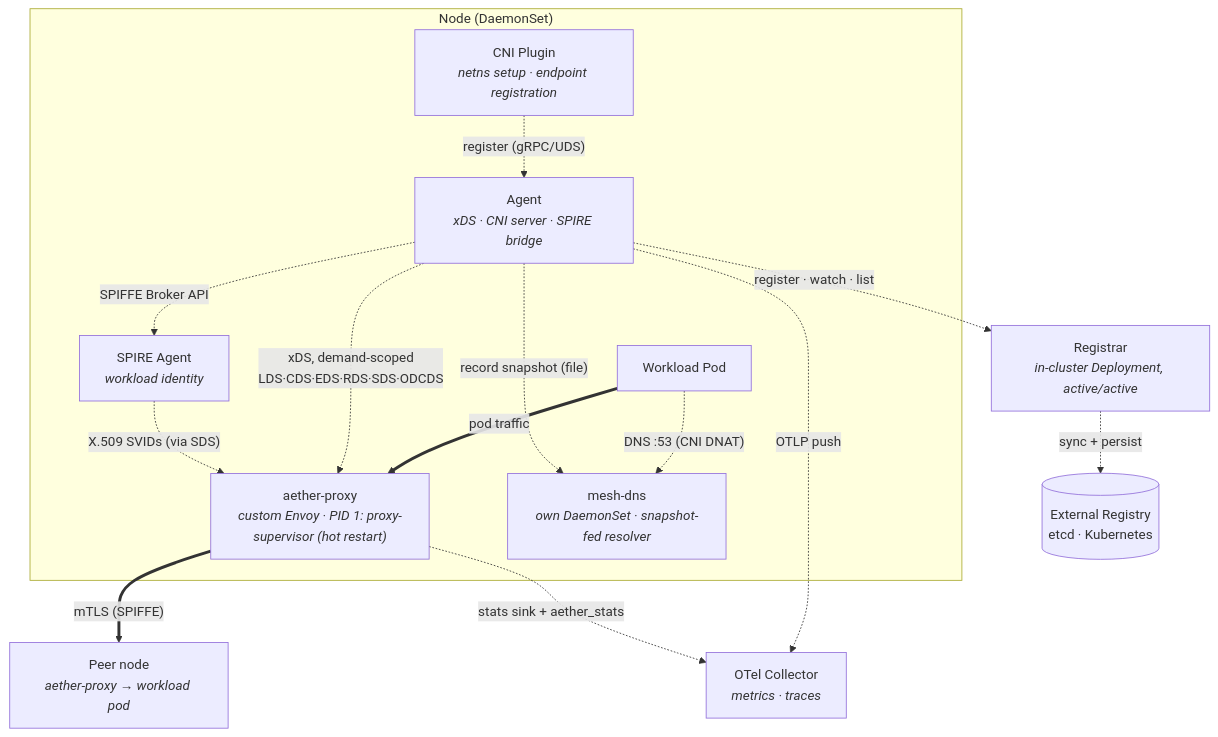
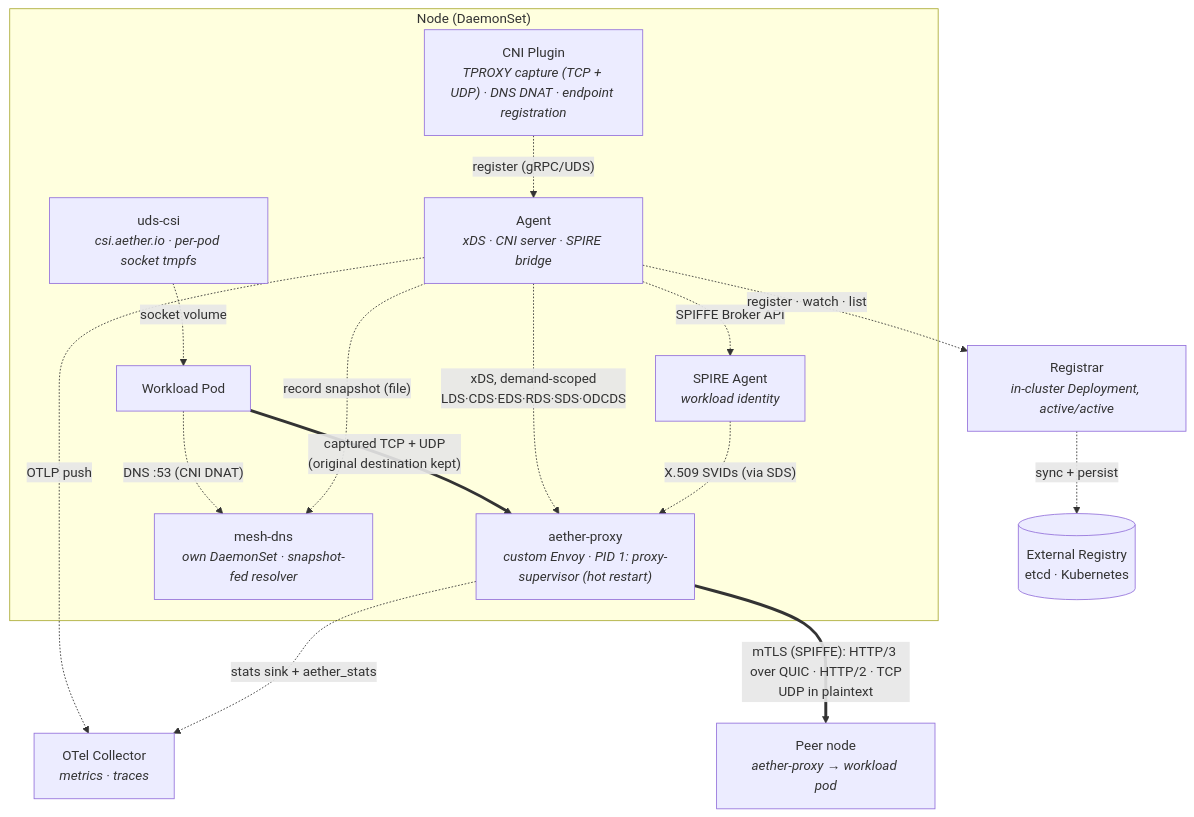
Before and after one commit to bpalermo/aether: the diagram in README.md, drawn with Mermaid. The commit also changed other lines of this file and 7 other files, not shown here.

````diff
--- a/README.md
+++ b/README.md
@@ -9,32 +9,34 @@
 ```mermaid
 graph TD
     subgraph node["Node (DaemonSet)"]
         Pod["Workload Pod"]
-        CNI["CNI Plugin<br/><i>netns setup · endpoint registration</i>"]
+        CNI["CNI Plugin<br/><i>TPROXY capture (TCP + UDP) · DNS DNAT · endpoint registration</i>"]
         Agent["Agent<br/><i>xDS · CNI server · SPIRE bridge</i>"]
         Proxy["aether-proxy<br/><i>custom Envoy · PID 1: proxy-supervisor (hot restart)</i>"]
         MeshDNS["mesh-dns<br/><i>own DaemonSet · snapshot-fed resolver</i>"]
         SPIRE["SPIRE Agent<br/><i>workload identity</i>"]
+        UdsCsi["uds-csi<br/><i>csi.aether.io · per-pod socket tmpfs</i>"]
 
-        Pod == "pod traffic" ==> Proxy
+        Pod == "captured TCP + UDP<br/>(original destination kept)" ==> Proxy
         Pod -. "DNS :53 (CNI DNAT)" .-> MeshDNS
         Agent -. "record snapshot (file)" .-> MeshDNS
         CNI -. "register (gRPC/UDS)" .-> Agent
+        UdsCsi -. "socket volume" .-> Pod
         Agent -. "xDS, demand-scoped<br/>LDS·CDS·EDS·RDS·SDS·ODCDS" .-> Proxy
         Agent -. "SPIFFE Broker API" .-> SPIRE
         SPIRE -. "X.509 SVIDs (via SDS)" .-> Proxy
     end
 
     Peer["Peer node<br/><i>aether-proxy → workload pod</i>"]
-    Proxy == "mTLS (SPIFFE)" ==> Peer
+    Proxy == "mTLS (SPIFFE): HTTP/3 over QUIC · HTTP/2 · TCP<br/>UDP in plaintext" ==> Peer
 
     Registrar["Registrar<br/><i>in-cluster Deployment, active/active</i>"]
     Agent -. "register · watch · list" .-> Registrar
 
     Registry[("External Registry<br/>etcd · Kubernetes")]
     Registrar -. "sync + persist" .-> Registry
 
     OTel["OTel Collector<br/><i>metrics · traces</i>"]
     Agent -. "OTLP push" .-> OTel
     Proxy -. "stats sink + aether_stats" .-> OTel
 ```
````
